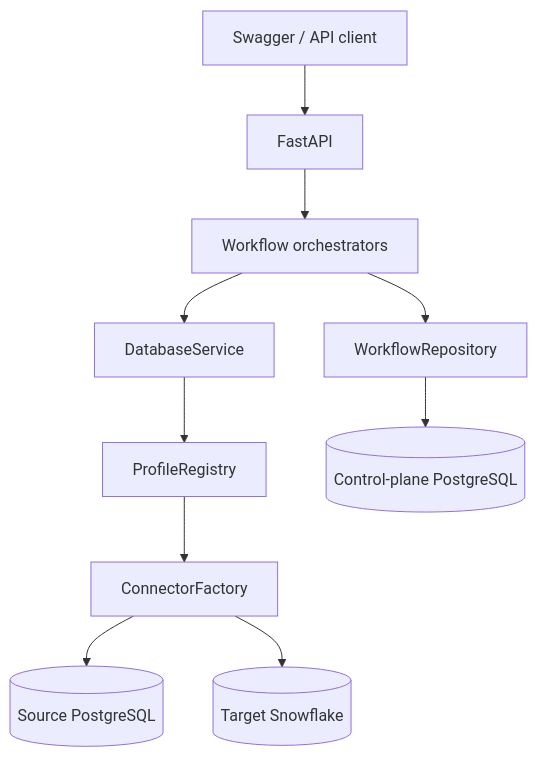
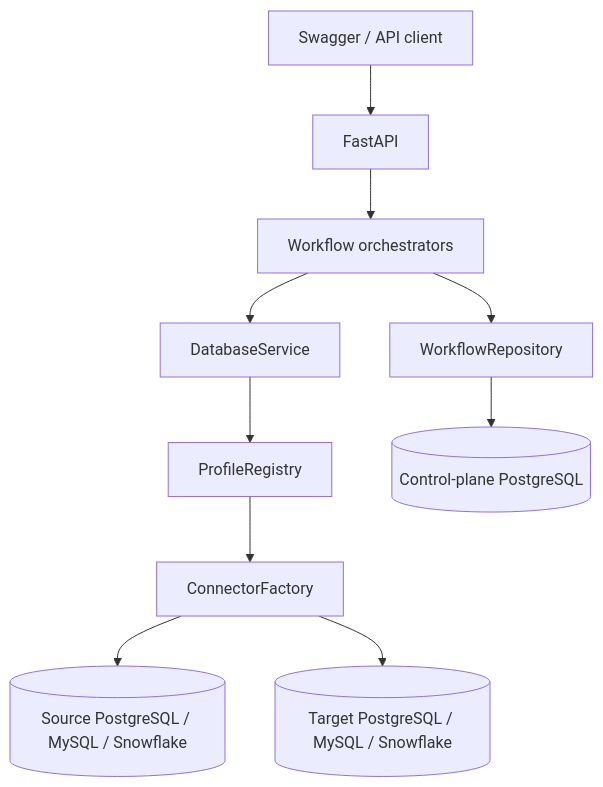
The diagram in README.md (ruhannaik0120/schemabridge), drawn with Mermaid before and after one commit. The commit also changed other lines of this file and 8 other files, not shown here.

Commit message:
feat: verify portable PostgreSQL and MySQL workflows

````diff
--- a/README.md
+++ b/README.md
@@ -16,12 +16,12 @@
 ```mermaid
 flowchart TB
     Client["Swagger / API client"] --> API["FastAPI"]
     API --> Orchestrators["Workflow orchestrators"]
     Orchestrators --> DatabaseService["DatabaseService"]
     DatabaseService --> Profiles["ProfileRegistry"]
     Profiles --> Factory["ConnectorFactory"]
-    Factory --> Source[("Source PostgreSQL")]
-    Factory --> Target[("Target Snowflake")]
+    Factory --> Source[("Source PostgreSQL / MySQL / Snowflake")]
+    Factory --> Target[("Target PostgreSQL / MySQL / Snowflake")]
     Orchestrators --> Repository["WorkflowRepository"]
     Repository --> Control[("Control-plane PostgreSQL")]
 ```
````
